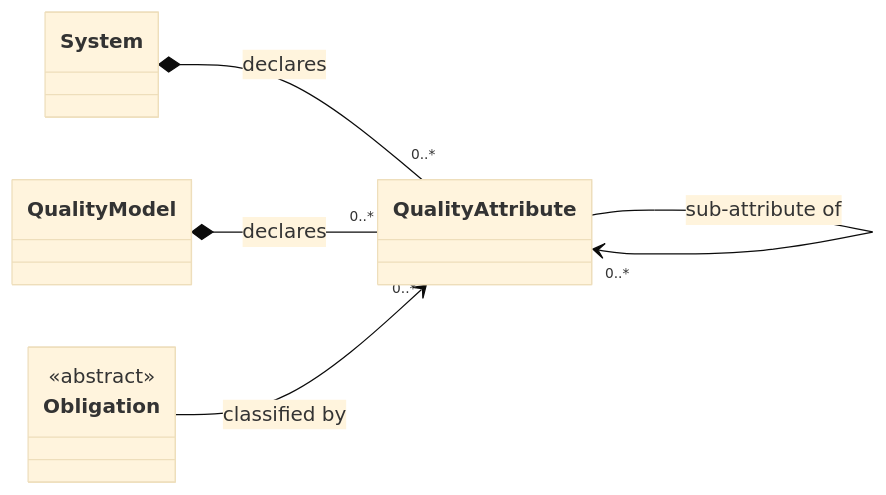
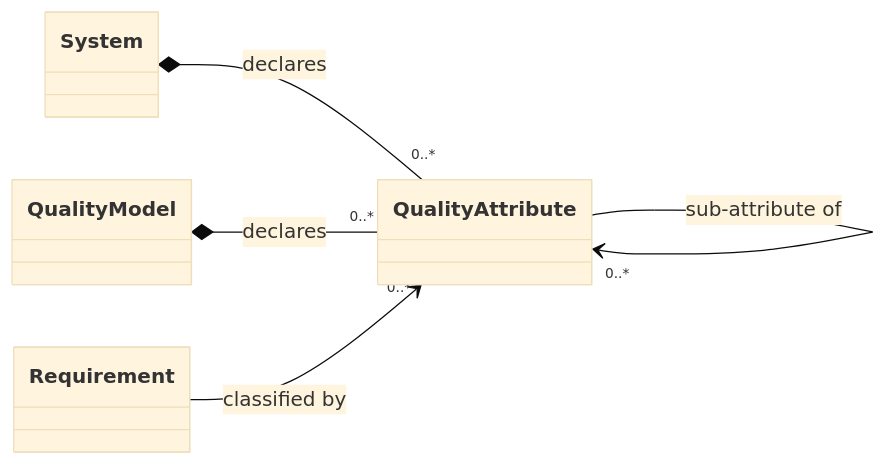
The ninth of 15 diagrams in docs/reference/model/core.md (craigsmitham/dotspec), drawn with Mermaid (base theme) before and after one commit. The commit also changed other lines of this file and 130 other files, not shown here.

````diff
--- a/docs/reference/model/core.md
+++ b/docs/reference/model/core.md
@@ -238,13 +217,12 @@
 ```mermaid
 classDiagram
     direction LR
     class System
     class QualityModel
     class QualityAttribute
-    class Obligation
-    <<abstract>> Obligation
+    class Requirement
     System *-- "0..*" QualityAttribute : declares
     QualityModel *-- "0..*" QualityAttribute : declares
-    Obligation --> "0..*" QualityAttribute : classified by
+    Requirement --> "0..*" QualityAttribute : classified by
     QualityAttribute --> "0..*" QualityAttribute : sub-attribute of
 ```
````
